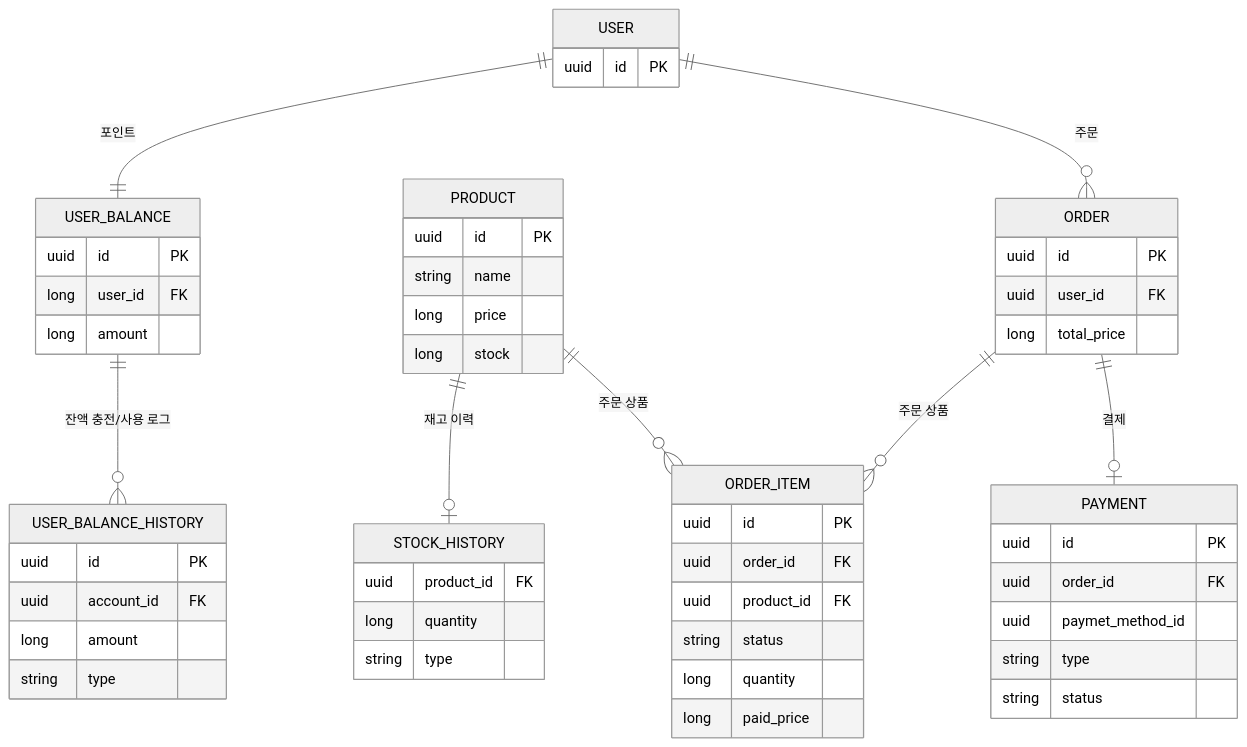
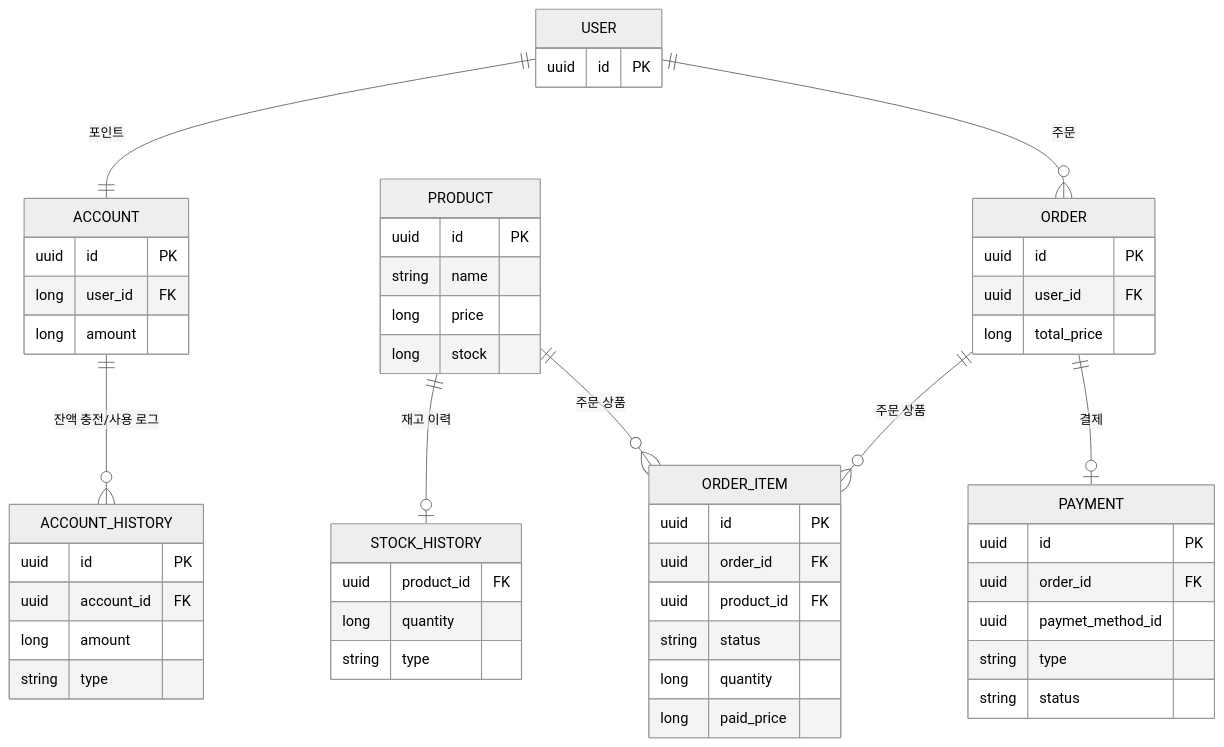
One commit to newbieJanghan/hh_plus_server changed the diagram in README.md. Above: the diagram before and after it, drawn with Mermaid (neutral theme). The commit also changed other lines of this file and 5 other files, not shown here.

````diff
--- a/README.md
+++ b/README.md
@@ -67,55 +36,55 @@
 ```mermaid
 erDiagram
     USER {
         uuid id PK
     }
-    USER_BALANCE {
+    ACCOUNT {
         uuid id PK
         long user_id FK
         long amount
     }
-    USER_BALANCE_HISTORY {
+    ACCOUNT_HISTORY {
         uuid id PK
         uuid account_id FK
         long amount
         string type
     }
     PRODUCT {
         uuid id PK
         string name
         long price
         long stock
     }
     STOCK_HISTORY {
         uuid product_id FK
         long quantity
         string type
     }
     ORDER {
         uuid id PK
         uuid user_id FK
         long total_price
     }
     ORDER_ITEM {
         uuid id PK
         uuid order_id FK
         uuid product_id FK
         string status
         long quantity
         long paid_price
     }
     PAYMENT {
         uuid id PK
         uuid order_id FK
         uuid paymet_method_id
         string type
         string status
     }
-    USER ||--|| USER_BALANCE: "포인트"
-    USER_BALANCE ||--o{ USER_BALANCE_HISTORY: "잔액 충전/사용 로그"
+    USER ||--|| ACCOUNT: "포인트"
+    ACCOUNT ||--o{ ACCOUNT_HISTORY: "잔액 충전/사용 로그"
     USER ||--o{ ORDER: "주문"
     ORDER ||--o{ ORDER_ITEM: "주문 상품"
     PRODUCT ||--o{ ORDER_ITEM: "주문 상품"
     PRODUCT ||--o| STOCK_HISTORY: "재고 이력"
     ORDER ||--o| PAYMENT: "결제"
 ```
````
